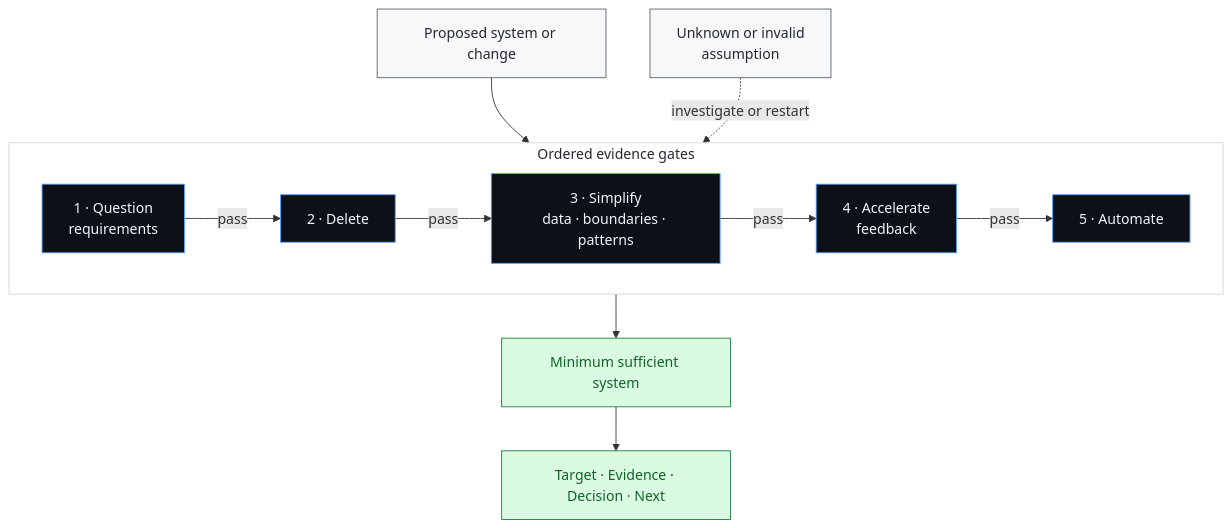
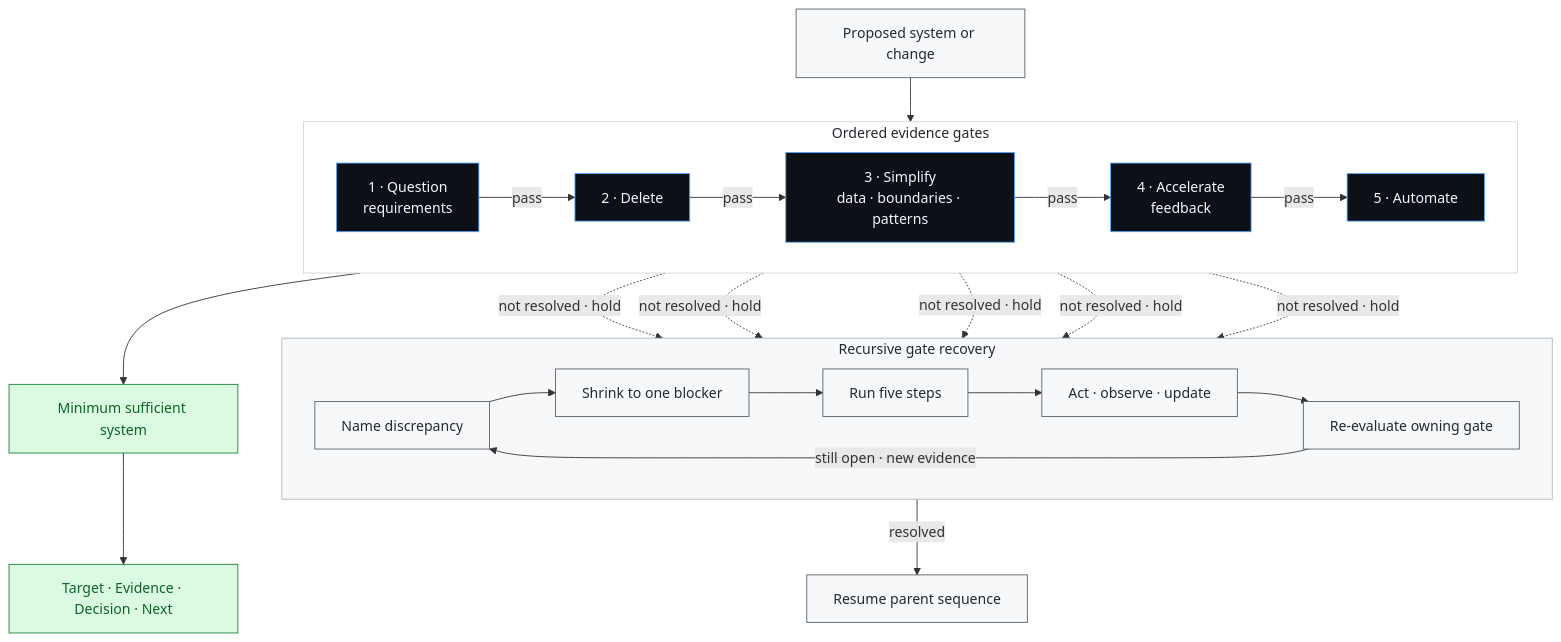
The diagram in README.md (ZepinLi/five-step-engineering), drawn with Mermaid before and after one commit. The commit also changed other lines of this file and 3 other files, not shown here.

Commit message:
Close failed gates through recursive evidence loops

````diff
--- a/README.md
+++ b/README.md
@@ -12,23 +12,37 @@
 ```mermaid
 flowchart TB
     I["Proposed system or change"]
     subgraph P["Ordered evidence gates"]
         direction LR
         Q["1 · Question<br/>requirements"] -->|"pass"| D["2 · Delete"]
         D -->|"pass"| S["3 · Simplify<br/>data · boundaries · patterns"]
         S -->|"pass"| C["4 · Accelerate<br/>feedback"]
         C -->|"pass"| A["5 · Automate"]
     end
     I --> Q
     A --> O["Minimum sufficient system"]
     O --> R["Target · Evidence · Decision · Next"]
-    U["Unknown or invalid<br/>assumption"] -. "investigate or restart" .-> Q
+    Q -. "not resolved · hold" .-> H
+    D -. "not resolved · hold" .-> H
+    S -. "not resolved · hold" .-> H
+    C -. "not resolved · hold" .-> H
+    A -. "not resolved · hold" .-> H
+    subgraph L["Recursive gate recovery"]
+        direction LR
+        H["Name discrepancy"] --> B["Shrink to one blocker"]
+        B --> F["Run five steps"]
+        F --> E["Act · observe · update"]
+        E --> G["Re-evaluate owning gate"]
+        G -->|"still open · new evidence"| H
+    end
+    G -->|"resolved"| V["Resume parent sequence"]
 
     classDef input fill:#f6f8fa,stroke:#57606a,color:#24292f;
     classDef gate fill:#0d1117,stroke:#58a6ff,color:#f0f6fc;
     classDef result fill:#dafbe1,stroke:#1a7f37,color:#116329;
-    class I,U input;
+    class I,H,B,F,E,G,V input;
     class Q,D,S,C,A gate;
     class O,R result;
     style P fill:#ffffff,stroke:#d0d7de,color:#24292f;
+    style L fill:#f6f8fa,stroke:#afb8c1,color:#24292f;
 ```
````
